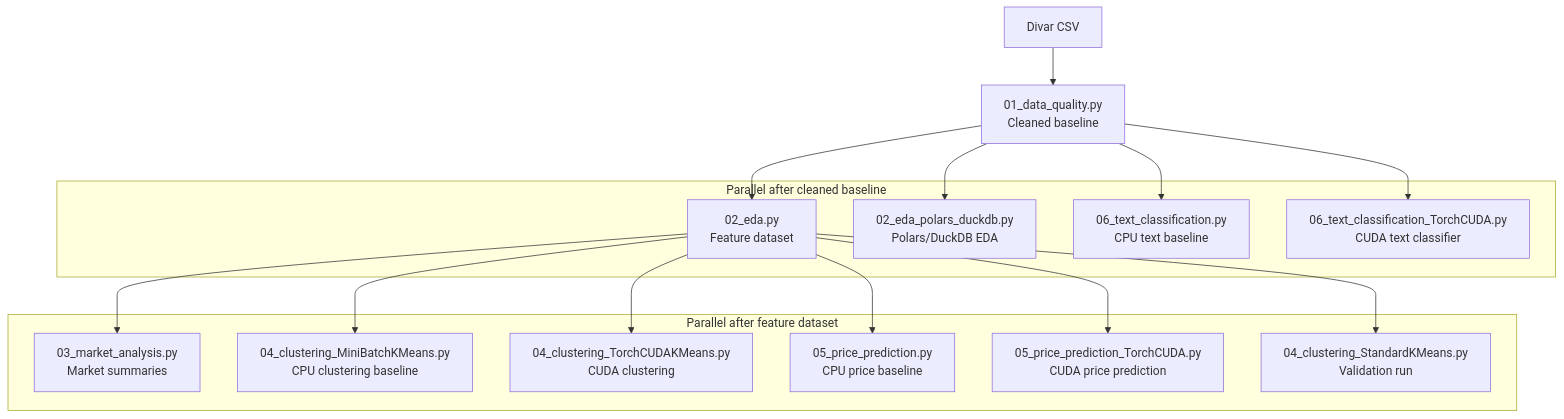
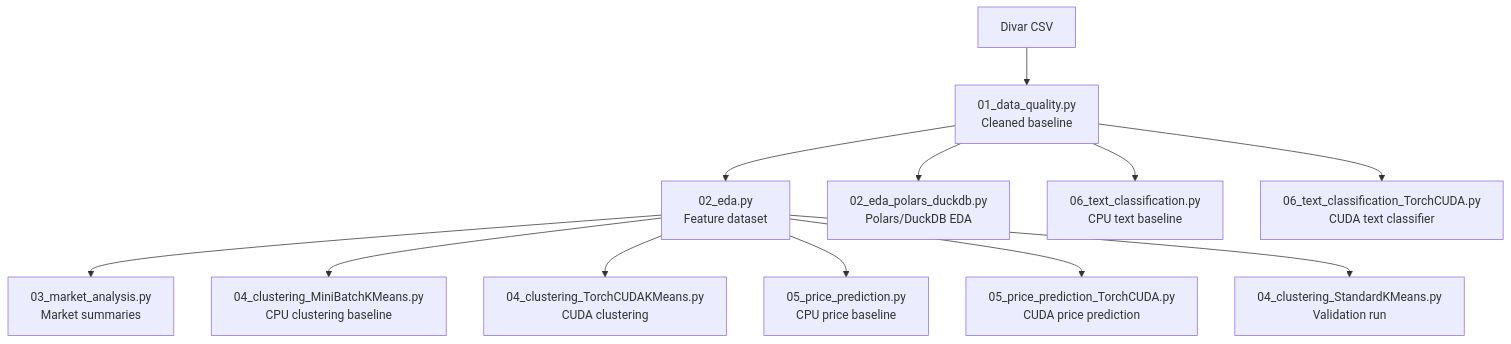
Before and after one commit to bahman-farhadian/pydsai_divar_real_estate_analysis_hossein_hamzehi_mahdi_samdi_azar: the diagram in README.md, drawn with Mermaid.

Commit message:
Simplify Mermaid pipeline graph

````diff
--- a/README.md
+++ b/README.md
@@ -150,32 +150,16 @@
 ```mermaid
 flowchart TD
     raw["Divar CSV"] --> quality["01_data_quality.py<br/>Cleaned baseline"]
 
-    subgraph after_baseline["Parallel after cleaned baseline"]
-        eda["02_eda.py<br/>Feature dataset"]
-        eda_fast["02_eda_polars_duckdb.py<br/>Polars/DuckDB EDA"]
-        text_cpu["06_text_classification.py<br/>CPU text baseline"]
-        text_cuda["06_text_classification_TorchCUDA.py<br/>CUDA text classifier"]
-    end
+    quality --> eda["02_eda.py<br/>Feature dataset"]
+    quality --> eda_fast["02_eda_polars_duckdb.py<br/>Polars/DuckDB EDA"]
+    quality --> text_cpu["06_text_classification.py<br/>CPU text baseline"]
+    quality --> text_cuda["06_text_classification_TorchCUDA.py<br/>CUDA text classifier"]
 
-    quality --> eda
-    quality --> eda_fast
-    quality --> text_cpu
-    quality --> text_cuda
-
-    subgraph after_features["Parallel after feature dataset"]
-        market["03_market_analysis.py<br/>Market summaries"]
-        cluster_cpu["04_clustering_MiniBatchKMeans.py<br/>CPU clustering baseline"]
-        cluster_cuda["04_clustering_TorchCUDAKMeans.py<br/>CUDA clustering"]
-        price_cpu["05_price_prediction.py<br/>CPU price baseline"]
-        price_cuda["05_price_prediction_TorchCUDA.py<br/>CUDA price prediction"]
-        cluster_validation["04_clustering_StandardKMeans.py<br/>Validation run"]
-    end
-
-    eda --> market
-    eda --> cluster_cpu
-    eda --> cluster_cuda
-    eda --> price_cpu
-    eda --> price_cuda
-    eda --> cluster_validation
+    eda --> market["03_market_analysis.py<br/>Market summaries"]
+    eda --> cluster_cpu["04_clustering_MiniBatchKMeans.py<br/>CPU clustering baseline"]
+    eda --> cluster_cuda["04_clustering_TorchCUDAKMeans.py<br/>CUDA clustering"]
+    eda --> price_cpu["05_price_prediction.py<br/>CPU price baseline"]
+    eda --> price_cuda["05_price_prediction_TorchCUDA.py<br/>CUDA price prediction"]
+    eda --> cluster_validation["04_clustering_StandardKMeans.py<br/>Validation run"]
 ```
````
